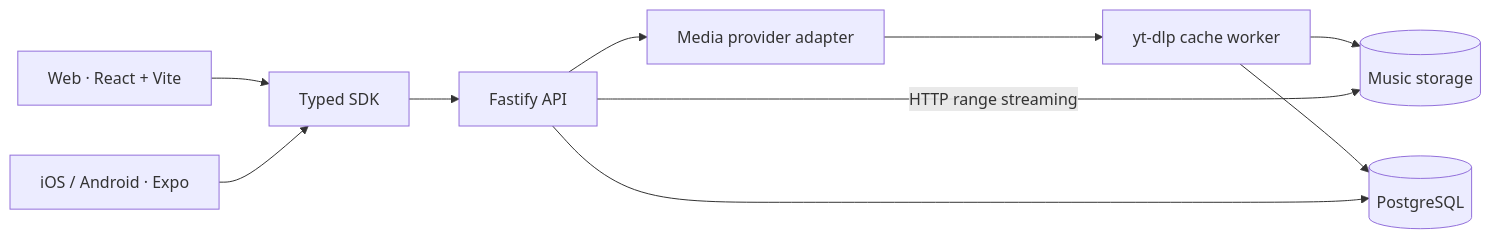
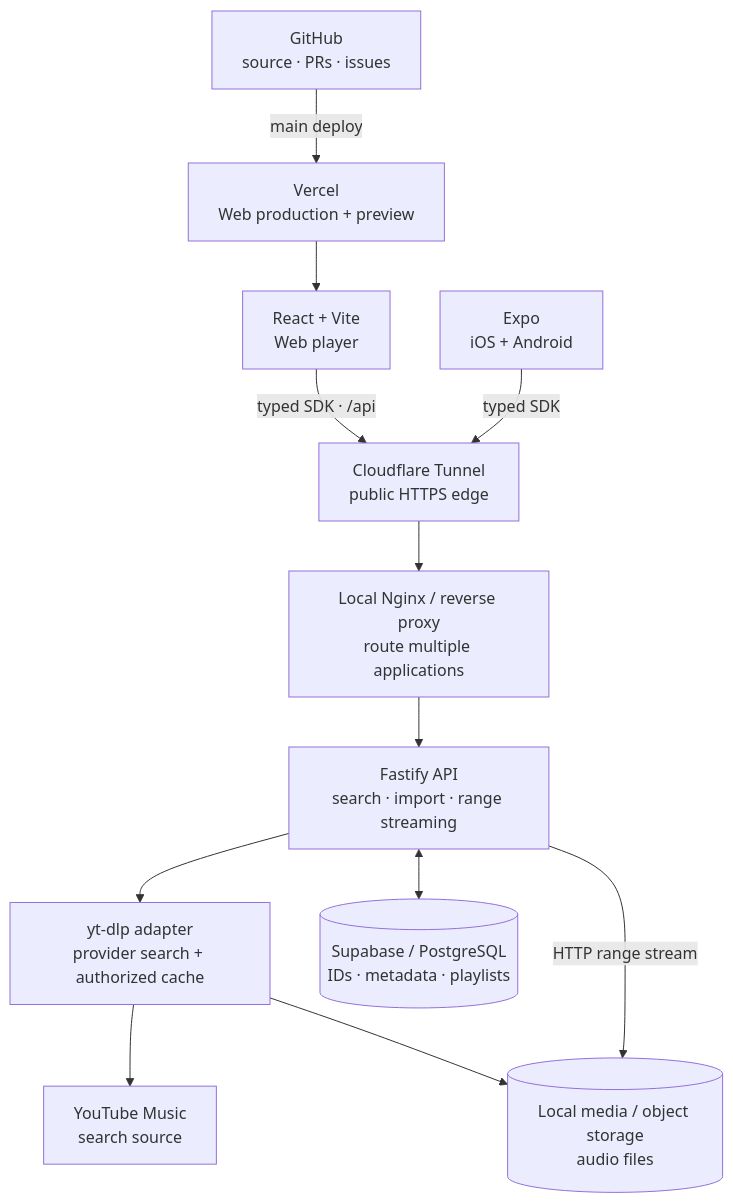
Before and after one commit to ishuowang/miusix: the first of 3 diagrams in README.md, drawn with Mermaid. The commit also changed other lines of this file and 9 other files, not shown here.

Commit message:
restore tactile player and add playlist flow

````diff
--- a/README.md
+++ b/README.md
@@ -61,21 +59,26 @@
 ```mermaid
-flowchart LR
-    Web["Web · React + Vite"]
-    Mobile["iOS / Android · Expo"]
-    SDK["Typed SDK"]
-    API["Fastify API"]
-    Provider["Media provider adapter"]
-    Worker["yt-dlp cache worker"]
-    DB[("PostgreSQL")]
-    Media[("Music storage")]
+flowchart TB
+    GitHub["GitHub<br/>source · PRs · issues"]
+    Vercel["Vercel<br/>Web production + preview"]
+    Web["React + Vite<br/>Web player"]
+    Mobile["Expo<br/>iOS + Android"]
+    Cloudflare["Cloudflare Tunnel<br/>public HTTPS edge"]
+    Nginx["Local Nginx / reverse proxy<br/>route multiple applications"]
+    API["Fastify API<br/>search · import · range streaming"]
+    YTDLP["yt-dlp adapter<br/>provider search + authorized cache"]
+    YTM["YouTube Music<br/>search source"]
+    Supabase[("Supabase / PostgreSQL<br/>IDs · metadata · playlists")]
+    Media[("Local media / object storage<br/>audio files")]
 
-    Web --> SDK
-    Mobile --> SDK
-    SDK --> API
-    API --> Provider
-    Provider --> Worker
-    Worker --> Media
-    Worker --> DB
-    API --> DB
-    API -->|"HTTP range streaming"| Media
+    GitHub -->|"main deploy"| Vercel
+    Vercel --> Web
+    Web -->|"typed SDK · /api"| Cloudflare
+    Mobile -->|"typed SDK"| Cloudflare
+    Cloudflare --> Nginx
+    Nginx --> API
+    API --> YTDLP
+    YTDLP --> YTM
+    YTDLP --> Media
+    API <--> Supabase
+    API -->|"HTTP range stream"| Media
 ```
````
